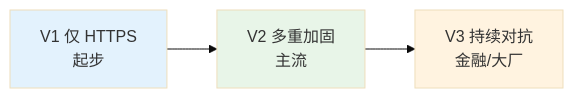
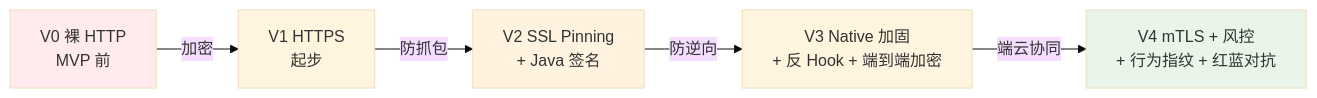
The eighth of 10 diagrams in docs/10.真经/05.方案设计思想/17.移动端防抓包实践.md (chongyang211/YCBookBlog), drawn with Mermaid (base theme) before and after one commit. The commit also changed other lines of this file and 36 other files, not shown here.

````diff
--- a/docs/10.真经/05.方案设计思想/17.移动端防抓包实践.md
+++ b/docs/10.真经/05.方案设计思想/17.移动端防抓包实践.md
@@ -597,9 +526,10 @@
 ```mermaid
 flowchart LR
-    V1[V1 仅 HTTPS<br/>起步] --> V2[V2 多重加固<br/>主流]
-    V2 --> V3[V3 持续对抗<br/>金融/大厂]
-    
-    style V1 fill:#e3f2fd
-    style V2 fill:#e8f5e8
-    style V3 fill:#fff3e0
+    V0[V0 裸 HTTP<br/>MVP 前] -->|加密| V1[V1 HTTPS<br/>起步]
+    V1 -->|防抓包| V2[V2 SSL Pinning<br/>+ Java 签名]
+    V2 -->|防逆向| V3[V3 Native 加固<br/>+ 反 Hook + 端到端加密]
+    V3 -->|端云协同| V4[V4 mTLS + 风控<br/>+ 行为指纹 + 红蓝对抗]
+    style V0 fill:#ffebee
+    style V2 fill:#fff3e0
+    style V4 fill:#e8f5e8
 ```
````
